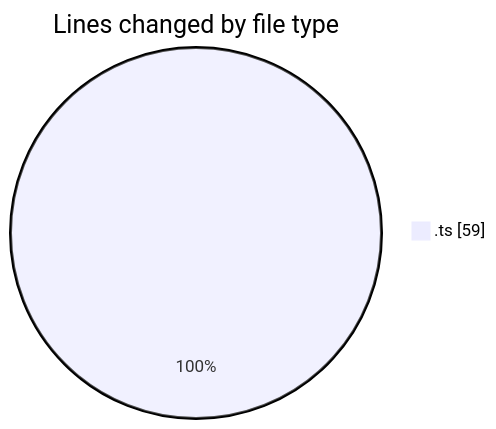
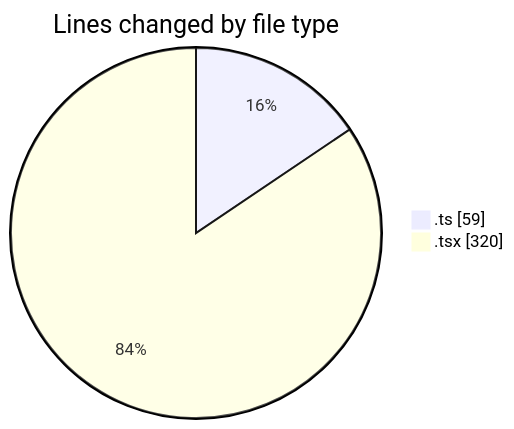
One commit to nxtqubesakshisongat/code-tracking changed the first of 2 diagrams in 2026-08-21/nxtqube_webapp/README.md. Above: the diagram before and after it, drawn with Mermaid. The commit also changed other lines of this file and 1 other file, not shown here.

````diff
--- a/2026-08-21/nxtqube_webapp/README.md
+++ b/2026-08-21/nxtqube_webapp/README.md
@@ -20,5 +21,6 @@
 ```mermaid
 pie showData
 title Lines changed by file type
 ".ts" : 59
+".tsx" : 320
 ```
````
